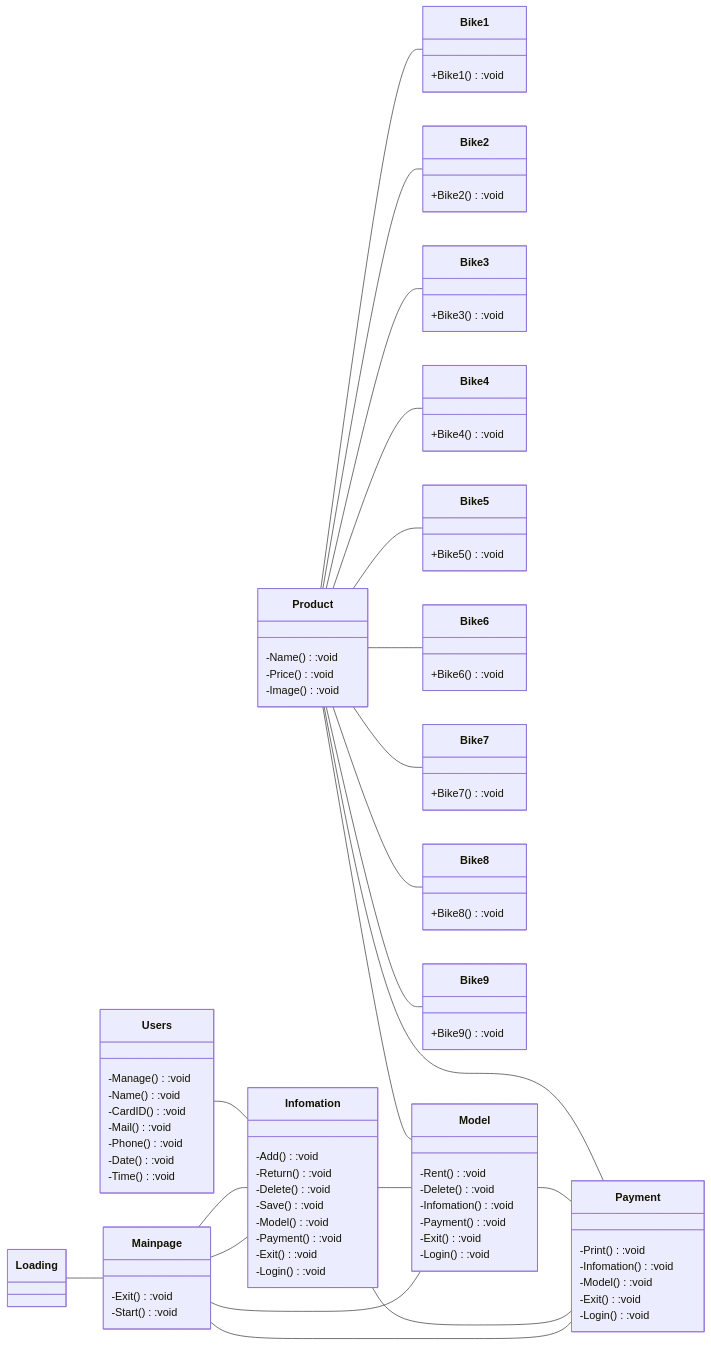
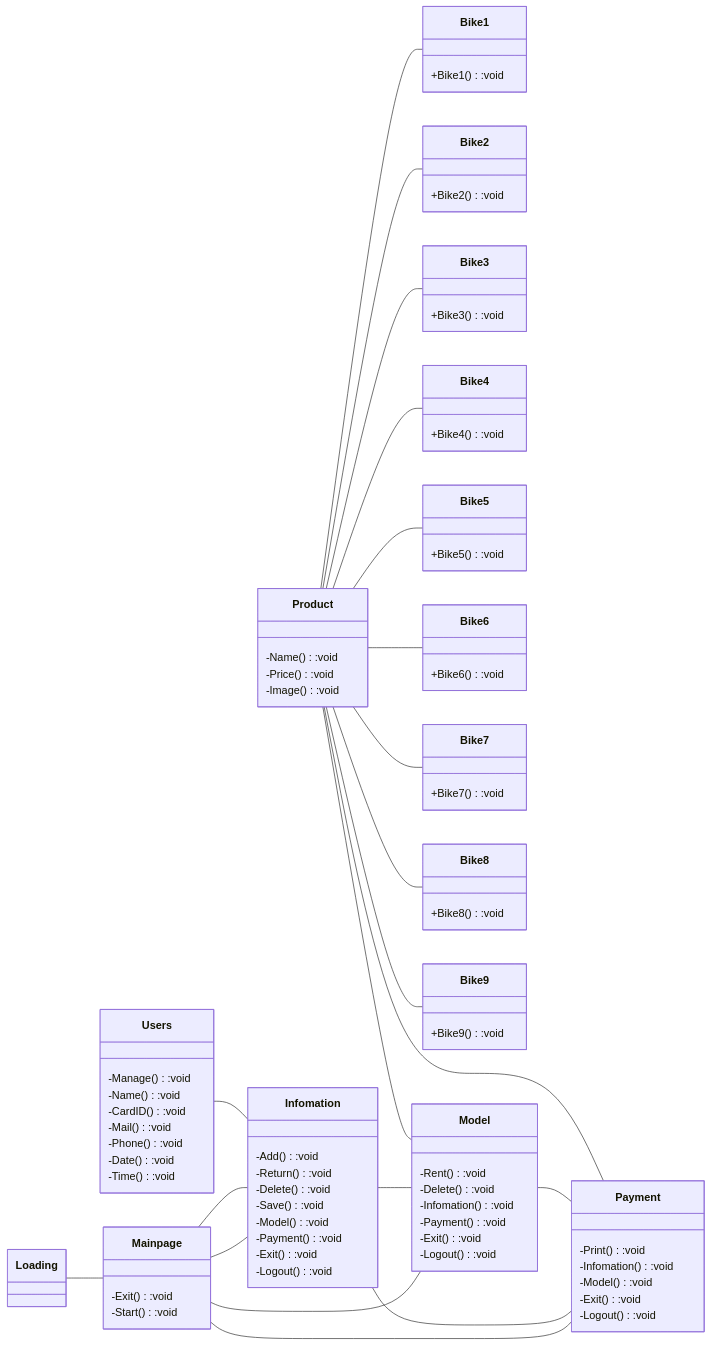
One commit to pathipat11/Final-Project-OOP changed the diagram in README.md. Above: the diagram before and after it, drawn with Mermaid.

```diff
--- a/README.md
+++ b/README.md
@@ -30,7 +30,7 @@
   -Model():void
   -Payment():void
   -Exit():void
-  -Login():void
+  -Logout():void
 }
 
   class Users{
@@ -90,14 +90,14 @@
   -Infomation():void
   -Payment():void
   -Exit():void
-  -Login():void
+  -Logout():void
 }
   class Payment{
   -Print():void
   -Infomation():void
   -Model():void
   -Exit():void
-  -Login():void
+  -Logout():void
 }  
   
   Payment -- Infomation
```
